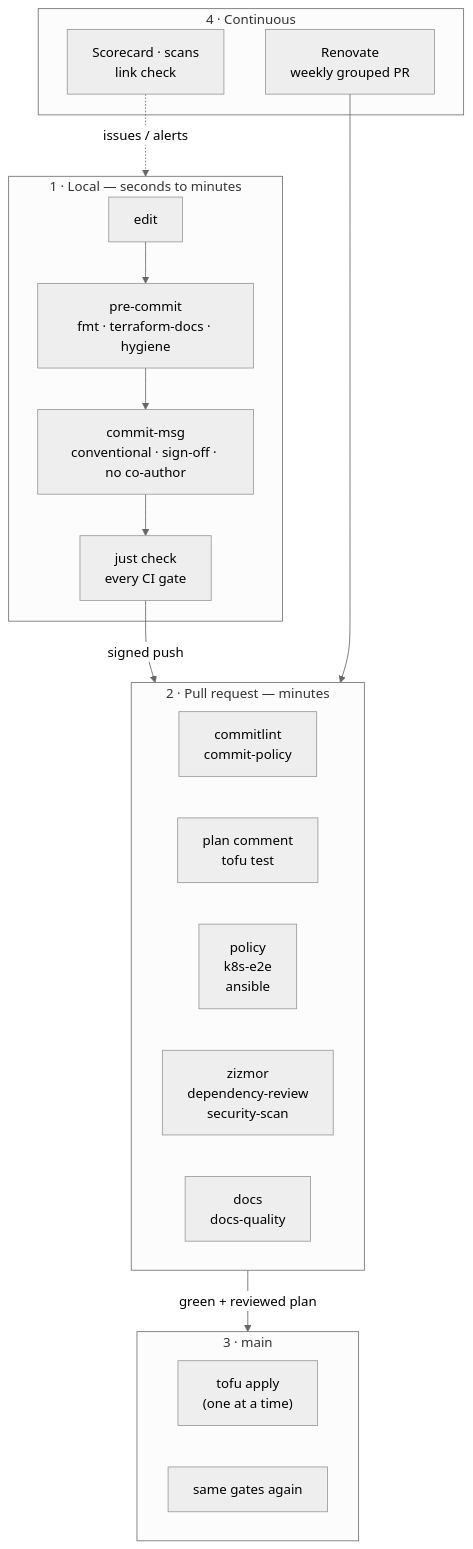
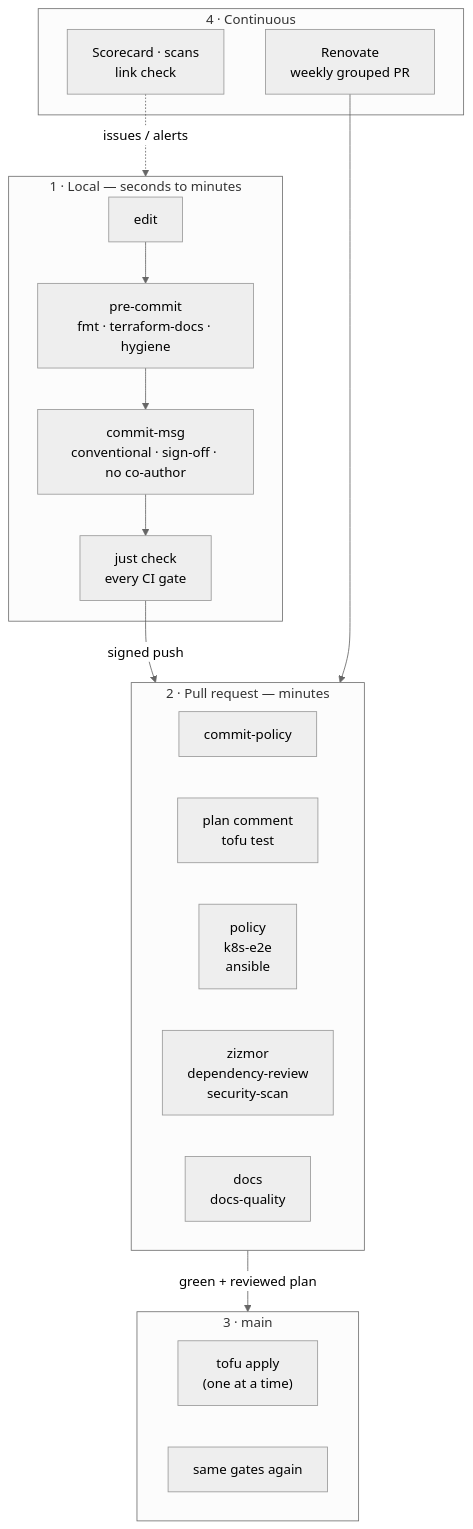
Before and after one commit to GregoireF/iac: the diagram in docs/explanation/pipeline.md, drawn with Mermaid (neutral theme). The commit also changed 8 other files, not shown here.

First line of the commit message:
ci: check Conventional Commits in the commit policy, drop commitlint

````diff
--- a/docs/explanation/pipeline.md
+++ b/docs/explanation/pipeline.md
@@ -7,28 +7,28 @@
 ```mermaid
 flowchart TB
   subgraph local["1 · Local — seconds to minutes"]
     edit["edit"] --> hooks["pre-commit<br/>fmt · terraform-docs · hygiene"]
     hooks --> msg["commit-msg<br/>conventional · sign-off · no co-author"]
     msg --> check["just check<br/>every CI gate"]
   end
   subgraph pr["2 · Pull request — minutes"]
     direction LR
-    g1["commitlint<br/>commit-policy"]
+    g1["commit-policy"]
     g2["plan comment<br/>tofu test"]
     g3["policy<br/>k8s-e2e<br/>ansible"]
     g4["zizmor<br/>dependency-review<br/>security-scan"]
     g5["docs<br/>docs-quality"]
   end
   subgraph main["3 · main"]
     apply["tofu apply<br/>(one at a time)"]
     again["same gates again"]
   end
   subgraph loop["4 · Continuous"]
     renov["Renovate<br/>weekly grouped PR"]
     sched["Scorecard · scans<br/>link check"]
   end
   check -->|"signed push"| pr
   pr -->|"green + reviewed plan"| main
   renov --> pr
   sched -.->|"issues / alerts"| local
 ```
````
